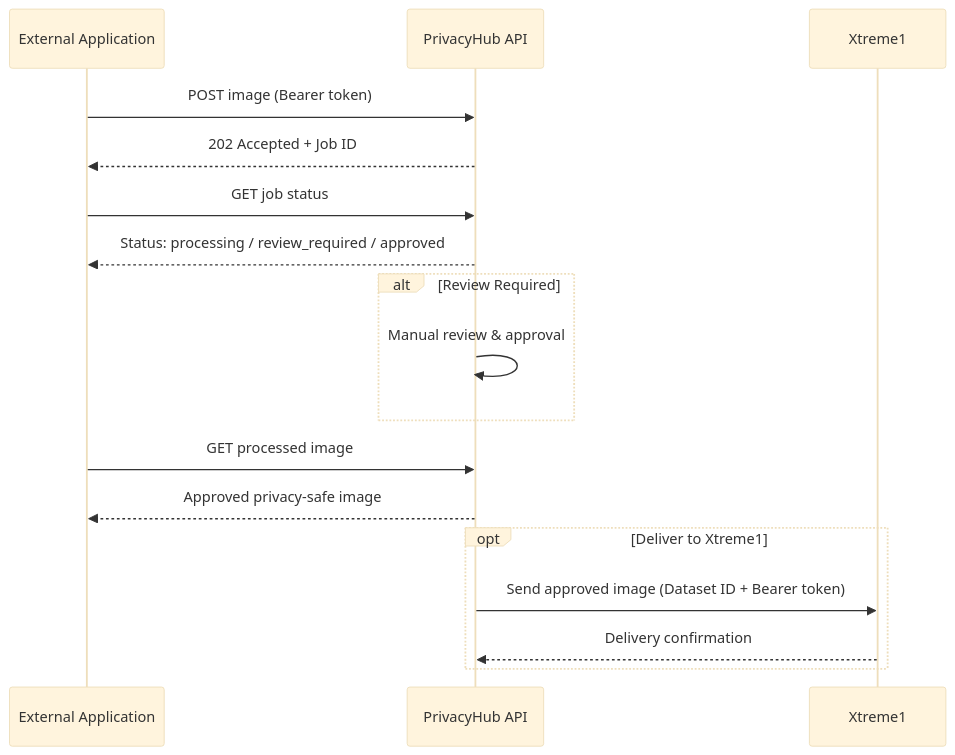
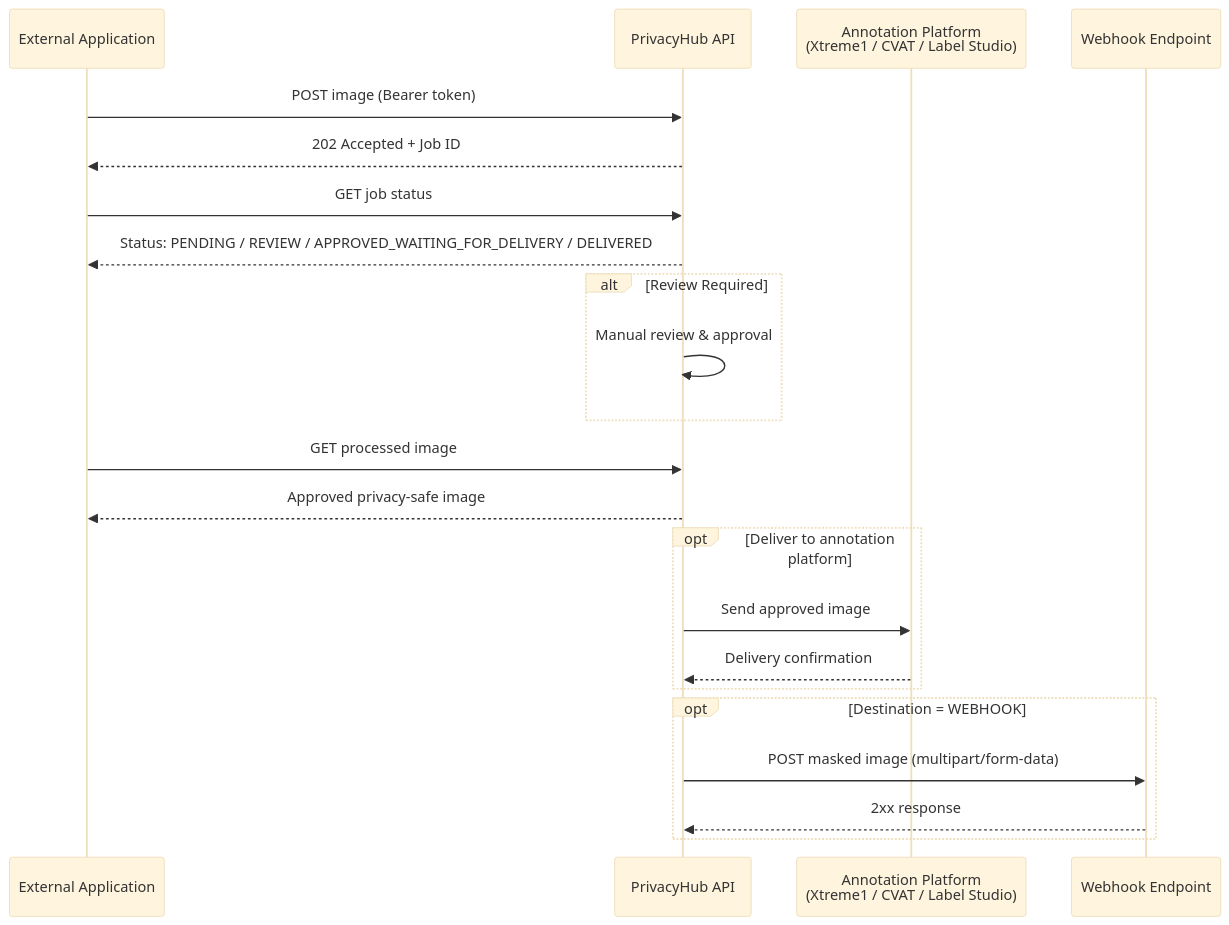
The second of 2 diagrams in README.md (snehaja05d/privacy-preserving-annotation), drawn with Mermaid (base theme) before and after one commit. The commit also changed other lines of this file, not shown here.

````diff
--- a/README.md
+++ b/README.md
@@ -266,23 +276,29 @@
 ```mermaid
 sequenceDiagram
     participant App as External Application
     participant API as PrivacyHub API
-    participant X1 as Xtreme1
+    participant AP as Annotation Platform<br/>(Xtreme1 / CVAT / Label Studio)
+    participant WH as Webhook Endpoint
 
     App->>API: POST image (Bearer token)
     API-->>App: 202 Accepted + Job ID
     App->>API: GET job status
-    API-->>App: Status: processing / review_required / approved
+    API-->>App: Status: PENDING / REVIEW / APPROVED_WAITING_FOR_DELIVERY / DELIVERED
 
     alt Review Required
         API->>API: Manual review & approval
     end
 
     App->>API: GET processed image
     API-->>App: Approved privacy-safe image
 
-    opt Deliver to Xtreme1
-        API->>X1: Send approved image (Dataset ID + Bearer token)
-        X1-->>API: Delivery confirmation
+    opt Deliver to annotation platform
+        API->>AP: Send approved image
+        AP-->>API: Delivery confirmation
+    end
+
+    opt Destination = WEBHOOK
+        API->>WH: POST masked image (multipart/form-data)
+        WH-->>API: 2xx response
     end
 ```
````
